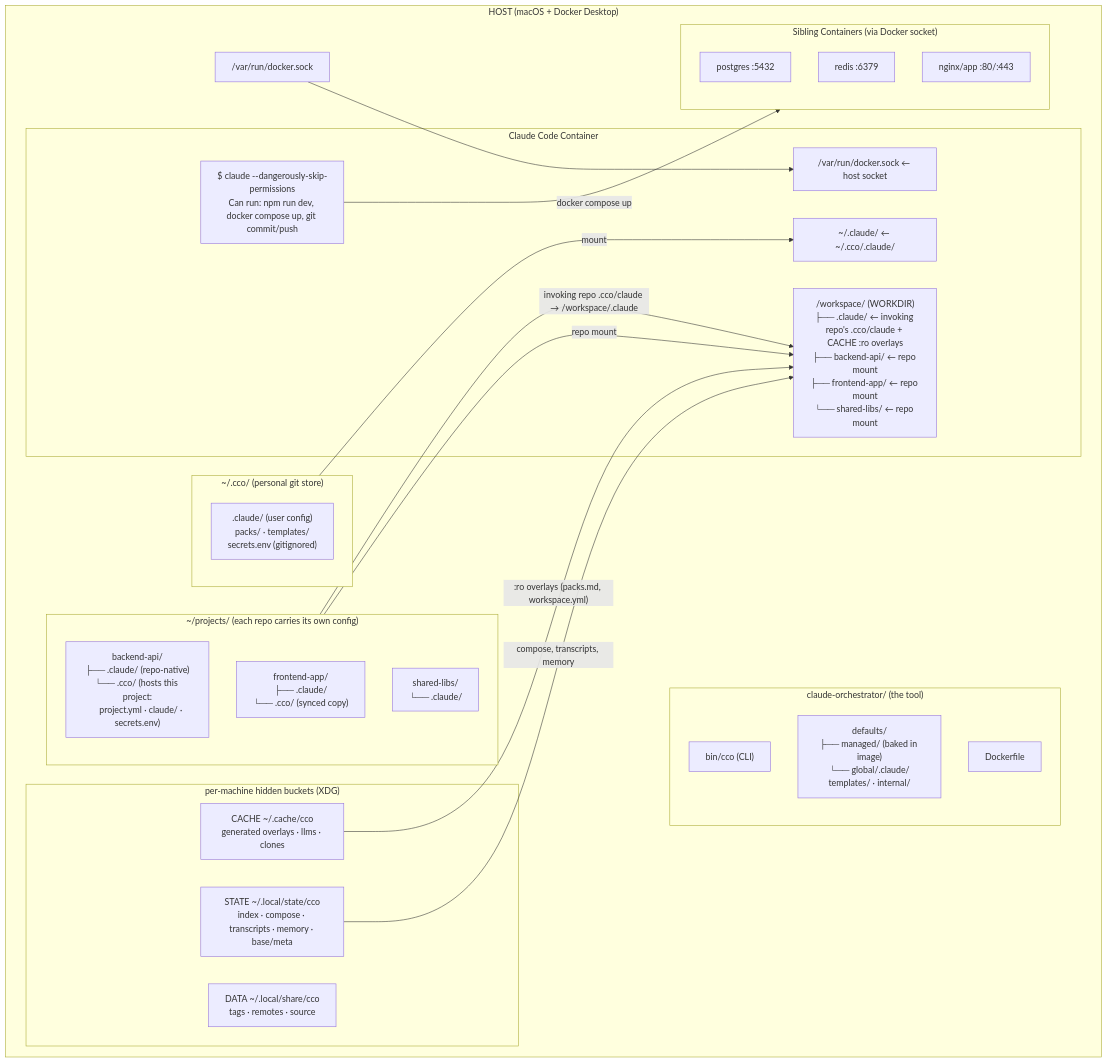
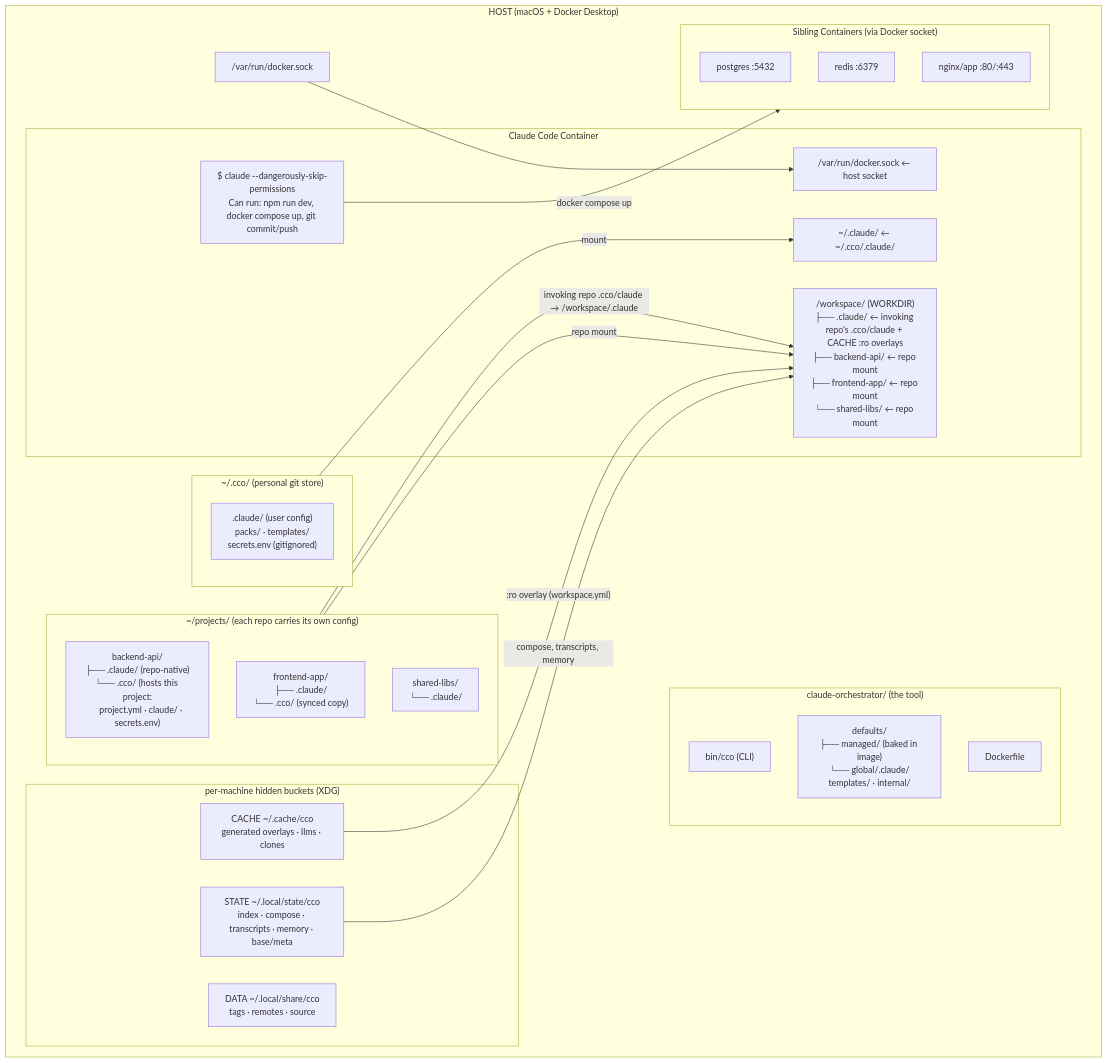
One commit to alergyonthestage/claude-orchestrator changed the first of 5 diagrams in docs/maintainers/foundation/design/architecture.md. Above: the diagram before and after it, drawn with Mermaid. The commit also changed 18 other files, not shown here.

First line of the commit message:
docs: repoint packs.md → unified workspace.yml surface (ADR-0041 R1)

````diff
--- a/docs/maintainers/foundation/design/architecture.md
+++ b/docs/maintainers/foundation/design/architecture.md
@@ -11,49 +11,49 @@
 ```mermaid
 graph TB
     subgraph HOST ["HOST (macOS + Docker Desktop)"]
         subgraph CCO ["claude-orchestrator/ (the tool)"]
             CLI["bin/cco (CLI)"]
             DEFAULTS["defaults/<br/>├── managed/ (baked in image)<br/>└── global/.claude/<br/>templates/ · internal/"]
             DOCKERFILE[Dockerfile]
         end
 
         subgraph GLOBALSTORE ["~/.cco/ (personal git store)"]
             GLOBAL[".claude/ (user config)<br/>packs/ · templates/<br/>secrets.env (gitignored)"]
         end
 
         subgraph SYS ["per-machine hidden buckets (XDG)"]
             STATE["STATE ~/.local/state/cco<br/>index · compose · transcripts · memory · base/meta"]
             CACHE["CACHE ~/.cache/cco<br/>generated overlays · llms · clones"]
             DATA["DATA ~/.local/share/cco<br/>tags · remotes · source"]
         end
 
         subgraph REPOS ["~/projects/ (each repo carries its own config)"]
             BACKEND["backend-api/<br/>├── .claude/ (repo-native)<br/>└── .cco/ (hosts this project:<br/>    project.yml · claude/ · secrets.env)"]
             FRONTEND["frontend-app/<br/>├── .claude/<br/>└── .cco/ (synced copy)"]
             SHARED["shared-libs/<br/>└── .claude/"]
         end
 
         SOCKET["/var/run/docker.sock"]
 
         subgraph CONTAINER ["Claude Code Container"]
             DOTCLAUDE["~/.claude/ ← ~/.cco/.claude/"]
             WORKSPACE["/workspace/ (WORKDIR)<br/>├── .claude/ ← invoking repo's .cco/claude + CACHE :ro overlays<br/>├── backend-api/ ← repo mount<br/>├── frontend-app/ ← repo mount<br/>└── shared-libs/ ← repo mount"]
             DOCKSOCK["/var/run/docker.sock ← host socket"]
             CLAUDE["$ claude --dangerously-skip-permissions<br/>Can run: npm run dev, docker compose up, git commit/push"]
         end
 
         subgraph SIBLINGS ["Sibling Containers (via Docker socket)"]
             PG["postgres :5432"]
             REDIS["redis :6379"]
             NGINX["nginx/app :80/:443"]
         end
     end
 
     SOCKET --> DOCKSOCK
     GLOBALSTORE -->|mount| DOTCLAUDE
     REPOS -->|"invoking repo .cco/claude → /workspace/.claude"| WORKSPACE
-    CACHE -->|":ro overlays (packs.md, workspace.yml)"| WORKSPACE
+    CACHE -->|":ro overlay (workspace.yml)"| WORKSPACE
     STATE -->|"compose, transcripts, memory"| WORKSPACE
     REPOS -->|"repo mount"| WORKSPACE
     CLAUDE -->|"docker compose up"| SIBLINGS
 ```
````
